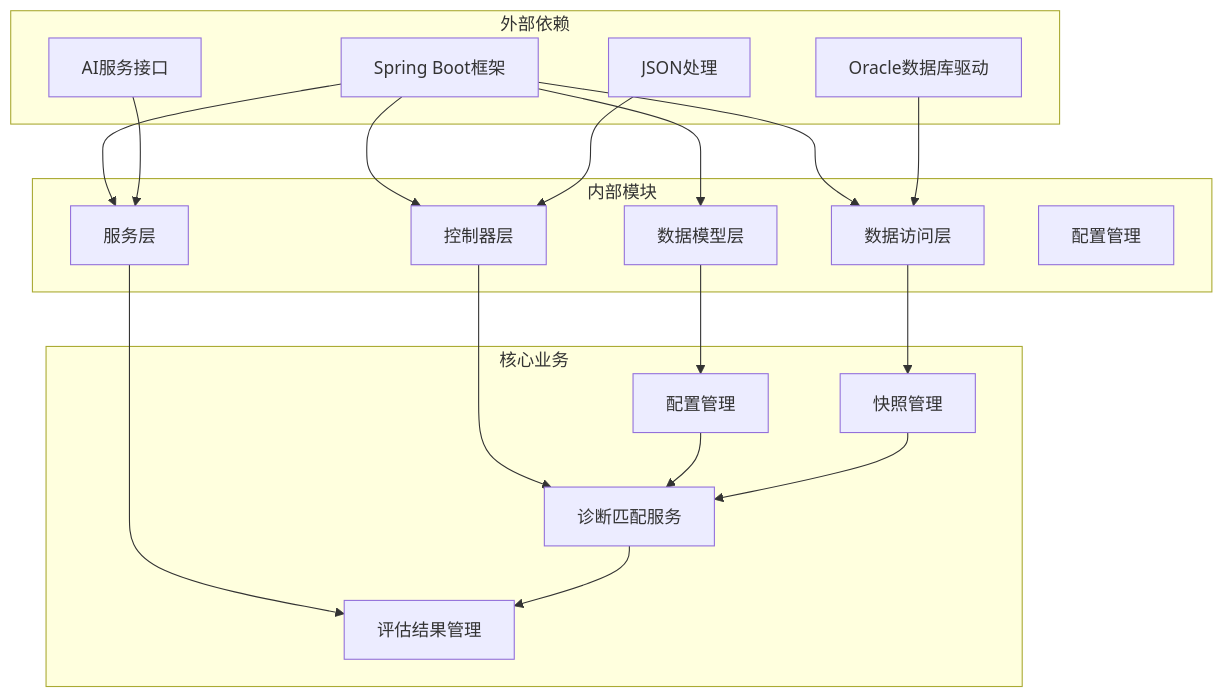
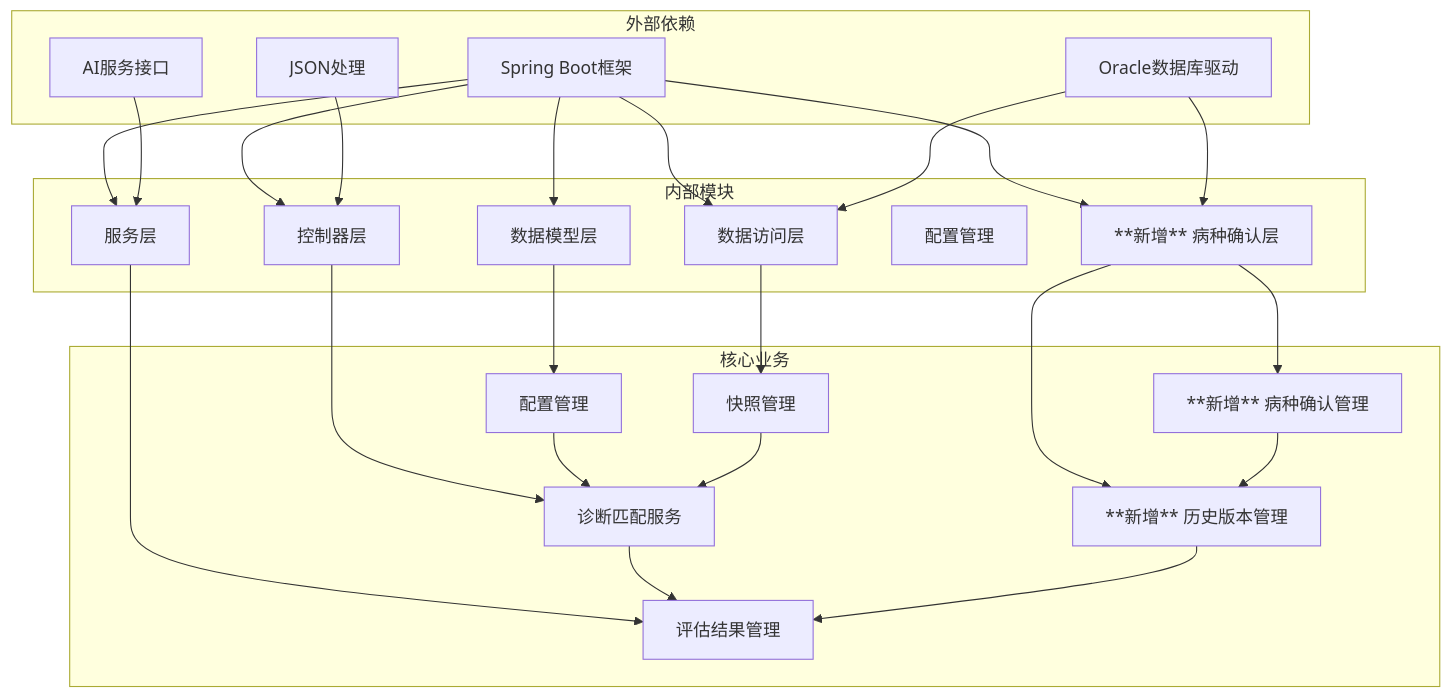
Before and after one commit to liuzh2008/med_ai_assistant_workspace: the tenth of 10 diagrams in .qoder/repowiki/zh/content/QC评估引擎.md, drawn with Mermaid. The commit also changed other lines of this file and 5 other files, not shown here.

````diff
--- a/.qoder/repowiki/zh/content/QC评估引擎.md
+++ b/.qoder/repowiki/zh/content/QC评估引擎.md
@@ -362,36 +619,45 @@
 ```mermaid
 graph TB
 subgraph "外部依赖"
 EXT1[Spring Boot框架]
 EXT2[Oracle数据库驱动]
 EXT3[AI服务接口]
 EXT4[JSON处理]
 end
 subgraph "内部模块"
 MOD1[控制器层]
 MOD2[服务层]
 MOD3[数据模型层]
 MOD4[数据访问层]
 MOD5[配置管理]
+MOD6[**新增** 病种确认层]
 end
 subgraph "核心业务"
 BUS1[诊断匹配服务]
 BUS2[评估结果管理]
 BUS3[配置管理]
 BUS4[快照管理]
+BUS5[**新增** 病种确认管理]
+BUS6[**新增** 历史版本管理]
 end
 EXT1 --> MOD1
 EXT1 --> MOD2
 EXT1 --> MOD3
 EXT1 --> MOD4
+EXT1 --> MOD6
 EXT2 --> MOD4
+EXT2 --> MOD6
 EXT3 --> MOD2
 EXT4 --> MOD1
 MOD1 --> BUS1
 MOD2 --> BUS2
 MOD3 --> BUS3
 MOD4 --> BUS4
+MOD6 --> BUS5
+MOD6 --> BUS6
 BUS1 --> BUS2
 BUS3 --> BUS1
 BUS4 --> BUS1
+BUS5 --> BUS6
+BUS6 --> BUS2
 ```
````
